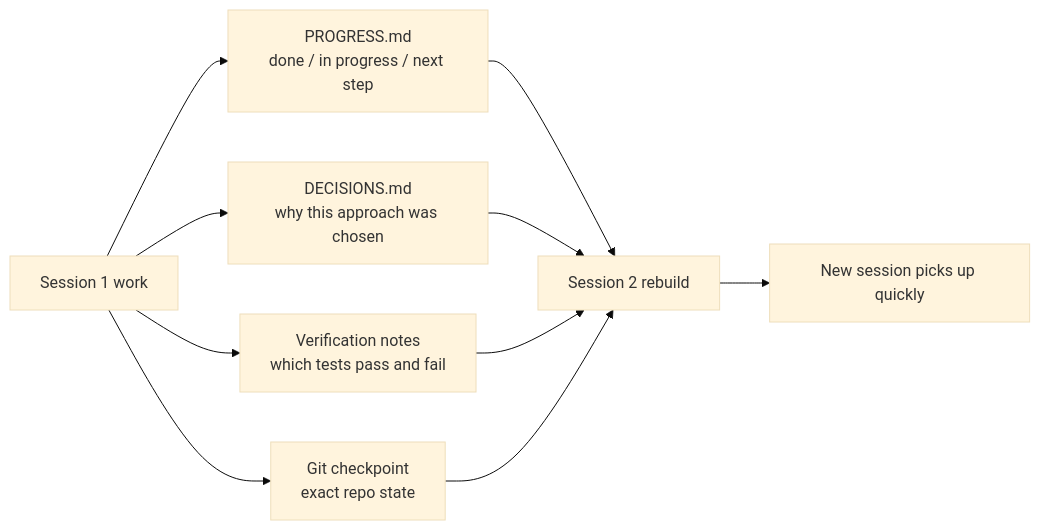
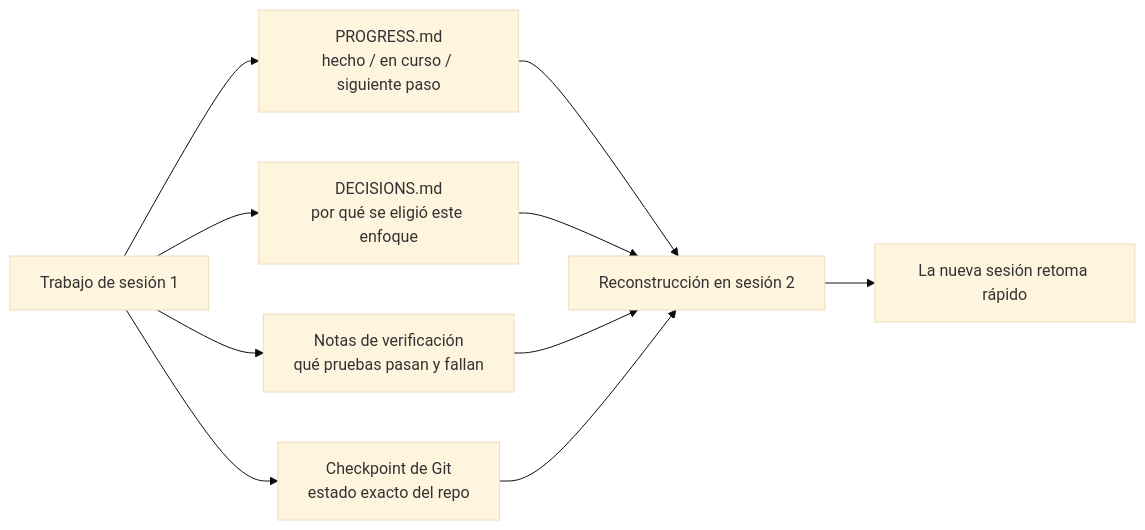
Before and after one commit to jordipiella/learn-harness-engineering: the second of 2 diagrams in docs/es/lectures/lecture-05-why-long-running-tasks-lose-continuity/index.md, drawn with Mermaid (base theme). The commit also changed other lines of this file and 108 other files, not shown here.

````diff
--- a/docs/es/lectures/lecture-05-why-long-running-tasks-lose-continuity/index.md
+++ b/docs/es/lectures/lecture-05-why-long-running-tasks-lose-continuity/index.md
@@ -36,14 +36,14 @@
 ```mermaid
 flowchart LR
-    Work["Session 1 work"] --> Progress["PROGRESS.md<br/>done / in progress / next step"]
-    Work --> Decisions["DECISIONS.md<br/>why this approach was chosen"]
-    Work --> Verify["Verification notes<br/>which tests pass and fail"]
-    Work --> Commit["Git checkpoint<br/>exact repo state"]
+    Work["Trabajo de sesión 1"] --> Progress["PROGRESS.md<br/>hecho / en curso / siguiente paso"]
+    Work --> Decisions["DECISIONS.md<br/>por qué se eligió este enfoque"]
+    Work --> Verify["Notas de verificación<br/>qué pruebas pasan y fallan"]
+    Work --> Commit["Checkpoint de Git<br/>estado exacto del repo"]
 
-    Progress --> Rebuild["Session 2 rebuild"]
+    Progress --> Rebuild["Reconstrucción en sesión 2"]
     Decisions --> Rebuild
     Verify --> Rebuild
     Commit --> Rebuild
 
-    Rebuild --> Resume["New session picks up quickly"]
+    Rebuild --> Resume["La nueva sesión retoma rápido"]
 ```
````
